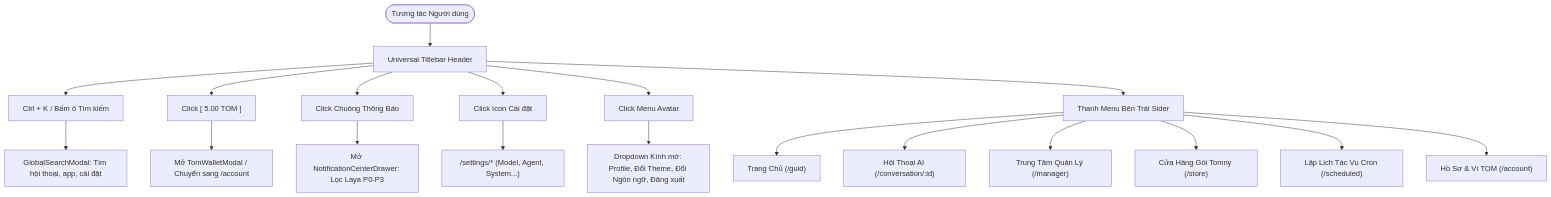
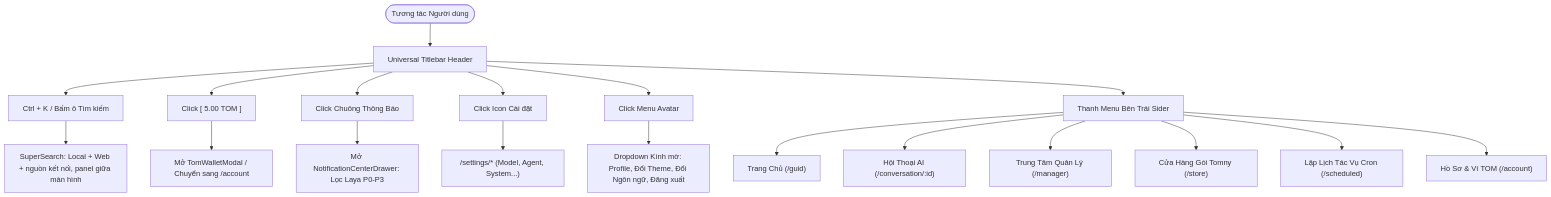
Before and after one commit to VNDT1625/TomniHubOs: the second of 6 diagrams in docs/architecture/application-workflow-and-page-flows.md, drawn with Mermaid. The commit also changed other lines of this file and 1771 other files, not shown here.

````diff
--- a/docs/architecture/application-workflow-and-page-flows.md
+++ b/docs/architecture/application-workflow-and-page-flows.md
@@ -56,18 +55,18 @@
 ```mermaid
 flowchart TD
     UserAction([Tương tác Người dùng]) --> ShellHeader[Universal Titlebar Header]
 
-    ShellHeader --> ActionSearch["Ctrl + K / Bấm ô Tìm kiếm"] --> OmniModal[GlobalSearchModal: Tìm hội thoại, app, cài đặt]
+    ShellHeader --> ActionSearch["Ctrl + K / Bấm ô Tìm kiếm"] --> OmniModal[SuperSearch: Local + Web + nguồn kết nối, panel giữa màn hình]
     ShellHeader --> ActionTOM["Click [ 5.00 TOM ]"] --> WalletModal[Mở TomWalletModal / Chuyển sang /account]
     ShellHeader --> ActionBell["Click Chuông Thông Báo"] --> NotifDrawer[Mở NotificationCenterDrawer: Lọc Laya P0-P3]
     ShellHeader --> ActionSettings["Click Icon Cài đặt"] --> RouteSettings["/settings/* (Model, Agent, System...)"]
     ShellHeader --> ActionAccount["Click Menu Avatar"] --> AccountMenu[Dropdown Kính mờ: Profile, Đổi Theme, Đổi Ngôn ngữ, Đăng xuất]
 
     ShellHeader --> SiderNav[Thanh Menu Bên Trái Sider]
     SiderNav --> NavHome["Trang Chủ (/guid)"]
     SiderNav --> NavChat["Hội Thoại AI (/conversation/:id)"]
     SiderNav --> NavManager["Trung Tâm Quản Lý (/manager)"]
     SiderNav --> NavStore["Cửa Hàng Gói Tomny (/store)"]
     SiderNav --> NavScheduled["Lập Lịch Tác Vụ Cron (/scheduled)"]
     SiderNav --> NavAccount["Hồ Sơ & Ví TOM (/account)"]
 ```
````
